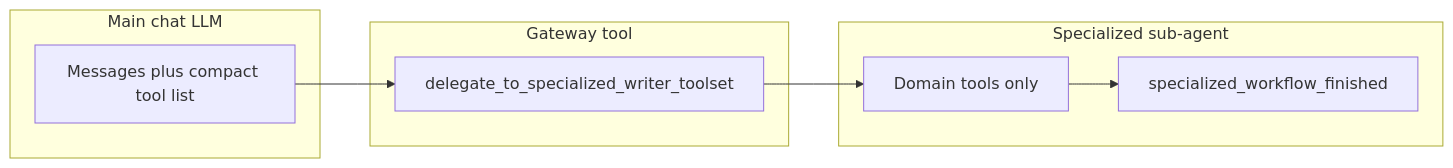
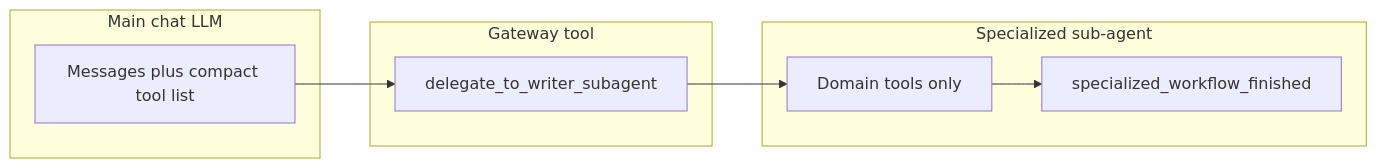
The diagram in docs/writer/specialized-toolsets.md (KeithCu/writeragent), drawn with Mermaid before and after one commit. The commit also changed other lines of this file and 83 other files, not shown here.

````diff
--- a/docs/writer/specialized-toolsets.md
+++ b/docs/writer/specialized-toolsets.md
@@ -189,16 +191,16 @@
 ```mermaid
 flowchart LR
   subgraph main [Main chat LLM]
     M[Messages plus compact tool list]
   end
   subgraph gateway [Gateway tool]
-    D[delegate_to_specialized_writer_toolset]
+    D[delegate_to_writer_subagent]
   end
   subgraph sub [Specialized sub-agent]
     T[Domain tools only]
     F[specialized_workflow_finished]
   end
   M --> D
   D --> T
   T --> F
 ```
````
